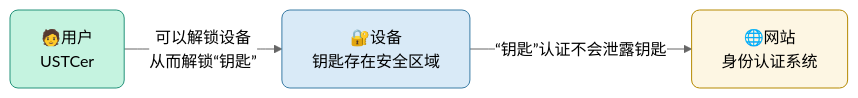
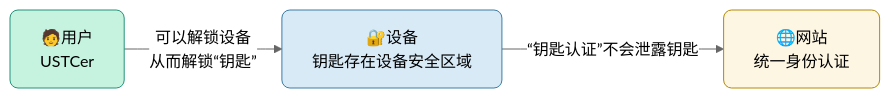
One commit to wf0229/id_doc changed the first of 4 diagrams in docs/passkey.md. Above: the diagram before and after it, drawn with Mermaid (neutral theme).

````diff
--- a/docs/passkey.md
+++ b/docs/passkey.md
@@ -4,17 +4,17 @@
 ```mermaid
 flowchart LR
   %% 样式定义
   classDef person fill:#c5f3e0,stroke:#24927a,stroke-width:1px,rx:8,ry:8;
   classDef device fill:#d9eaf7,stroke:#3a7ca5,stroke-width:1px,rx:8,ry:8;
   classDef box fill:#fdf6e3,stroke:#b58900,stroke-width:1px,rx:8,ry:8;
   classDef note fill:#fff,stroke:#999,stroke-dasharray:3 3,rx:8,ry:8;
 
   %% 节点定义
   U[🧑用户<br/>USTCer]:::person
-  D[🔐设备<br/>钥匙存在安全区域]:::device
-  S[🌐网站<br/>身份认证系统]:::box
+  D[🔐设备<br/>钥匙存在设备安全区域]:::device
+  S[🌐网站<br/>统一身份认证]:::box
 
   %% 连线
   U -->|可以解锁设备<br/>从而解锁“钥匙”| D
-  D -->|“钥匙”认证不会泄露钥匙| S
+  D -->|“钥匙认证”不会泄露钥匙| S
 ```
````
